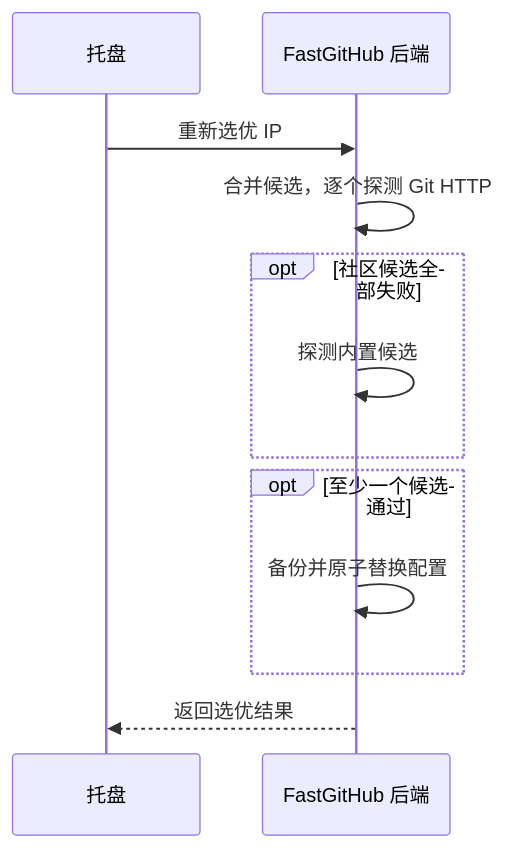
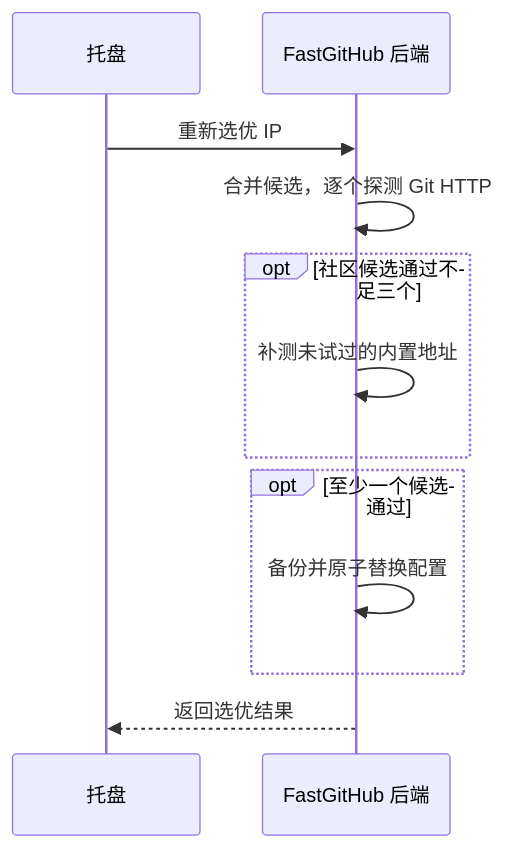
Before and after one commit to jsyzc2019/FastGithubOps.UI: the diagram in docs/fork-changes.md, drawn with Mermaid. The commit also changed other lines of this file and 8 other files, not shown here.

````diff
--- a/docs/fork-changes.md
+++ b/docs/fork-changes.md
@@ -50,14 +50,14 @@
 ```mermaid
 sequenceDiagram
     participant UI as 托盘
     participant Core as FastGitHub 后端
     UI->>Core: 重新选优 IP
     Core->>Core: 合并候选，逐个探测 Git HTTP
-    opt 社区候选全部失败
-        Core->>Core: 探测内置候选
+    opt 社区候选通过不足三个
+        Core->>Core: 补测未试过的内置地址
     end
     opt 至少一个候选通过
         Core->>Core: 备份并原子替换配置
     end
     Core-->>UI: 返回选优结果
 ```
````
